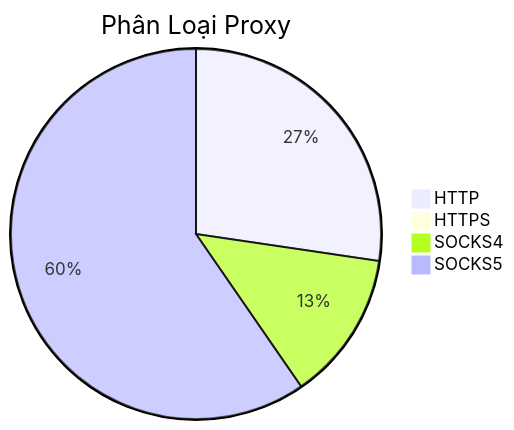
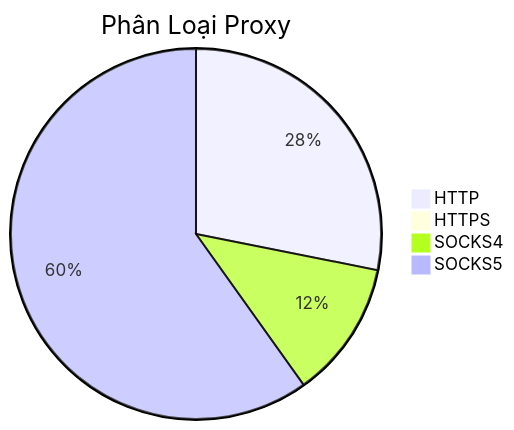
One commit to Ciara-12/PROXY-free changed the diagram in README.md. Above: the diagram before and after it, drawn with Mermaid. The commit also changed other lines of this file and 4 other files, not shown here.

````diff
--- a/README.md
+++ b/README.md
@@ -26,7 +26,7 @@
 ```mermaid
 pie title Phân Loại Proxy
-    "HTTP" : 657
-    "HTTPS" : 2
-    "SOCKS4" : 314
-    "SOCKS5" : 1433
+    "HTTP" : 846
+    "HTTPS" : 3
+    "SOCKS4" : 361
+    "SOCKS5" : 1800
 ```
````
